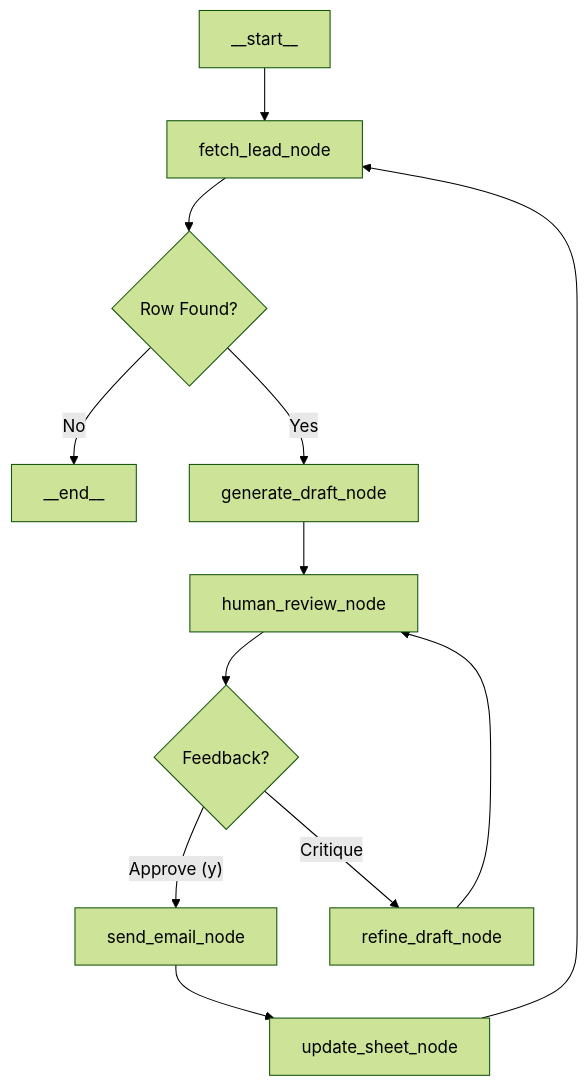
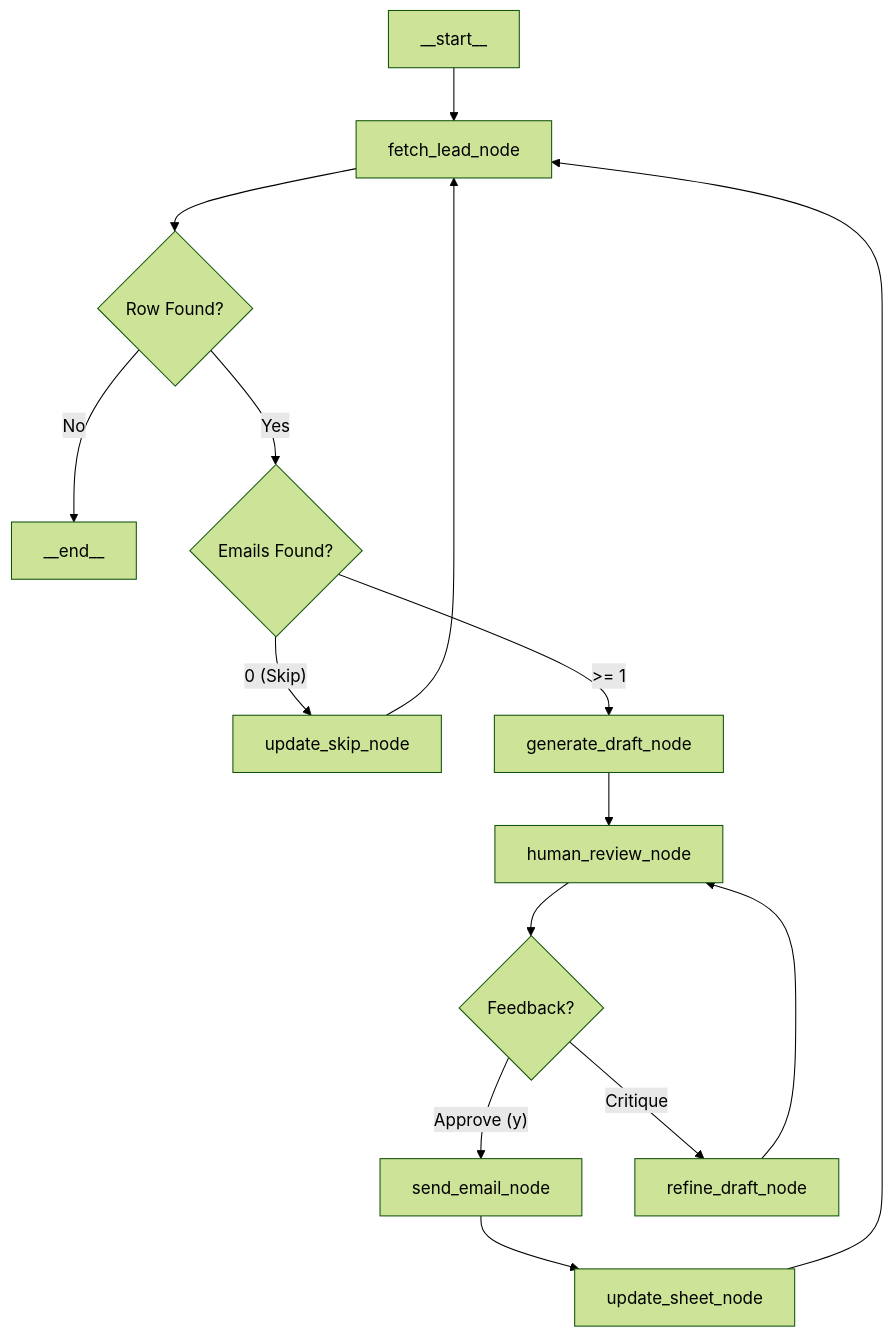
Before and after one commit to indenigrate/ACE: the diagram in TRD.md, drawn with Mermaid (forest theme). The commit also changed other lines of this file and 1 other file, not shown here.

````diff
--- a/TRD.md
+++ b/TRD.md
@@ -14,15 +13,18 @@
 ```mermaid
 graph TD
     __start__ --> fetch_lead_node
     fetch_lead_node --> check_availability{Row Found?}
     check_availability -- No --> __end__
-    check_availability -- Yes --> generate_draft_node
+    check_availability -- Yes --> check_email_count{Emails Found?}
+    check_email_count -- "0 (Skip)" --> update_skip_node
+    update_skip_node --> fetch_lead_node
+    check_email_count -- ">= 1" --> generate_draft_node
     generate_draft_node --> human_review_node
     human_review_node --> feedback_router{Feedback?}
     feedback_router -- "Approve (y)" --> send_email_node
     feedback_router -- "Critique" --> refine_draft_node
     refine_draft_node --> human_review_node
     send_email_node --> update_sheet_node
     update_sheet_node --> fetch_lead_node
 
 ```
````
